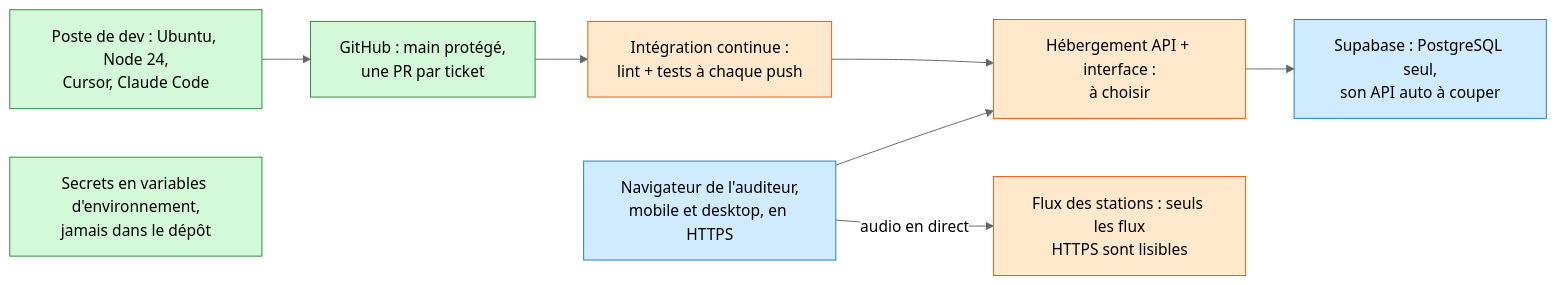
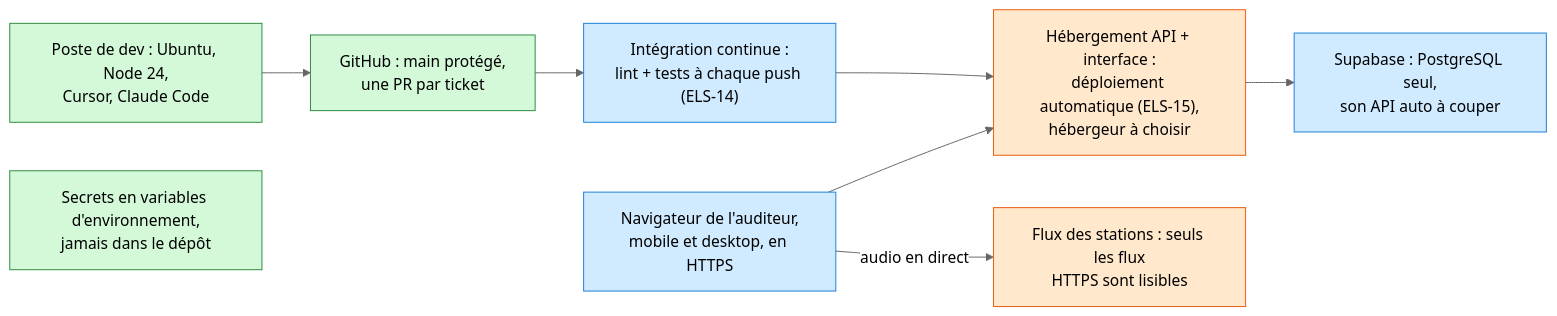
The fourth of 6 diagrams in docs/architecture.md (gvlaurent/elsewhere), drawn with Mermaid (neutral theme) before and after one commit. The commit also changed other lines of this file and 4 other files, not shown here.

First line of the commit message:
docs: corrige l'architecture après la relecture (ELS-12)

````diff
--- a/docs/architecture.md
+++ b/docs/architecture.md
@@ -112,19 +112,19 @@
 ```mermaid
 flowchart LR
     T1["Poste de dev : Ubuntu, Node 24,<br/>Cursor, Claude Code"]:::code
     T2["GitHub : main protégé,<br/>une PR par ticket"]:::code
-    T3["Intégration continue :<br/>lint + tests à chaque push"]:::trancher
-    T4["Hébergement API + interface :<br/>à choisir"]:::trancher
+    T3["Intégration continue :<br/>lint + tests à chaque push (ELS-14)"]:::decide
+    T4["Hébergement API + interface :<br/>déploiement automatique (ELS-15),<br/>hébergeur à choisir"]:::trancher
     T5["Supabase : PostgreSQL seul,<br/>son API auto à couper"]:::decide
     T6["Secrets en variables d'environnement,<br/>jamais dans le dépôt"]:::code
     T7["Navigateur de l'auditeur,<br/>mobile et desktop, en HTTPS"]:::decide
     T8["Flux des stations : seuls les flux<br/>HTTPS sont lisibles"]:::trancher
 
     T1 --> T2 --> T3 --> T4 --> T5
     T7 --> T4
     T7 -- "audio en direct" --> T8
 
     classDef code fill:#d3f9d8,stroke:#2b8a3e,color:#000
     classDef decide fill:#d0ebff,stroke:#1c7ed6,color:#000
     classDef trancher fill:#ffe8cc,stroke:#e8590c,color:#000
 ```
````
